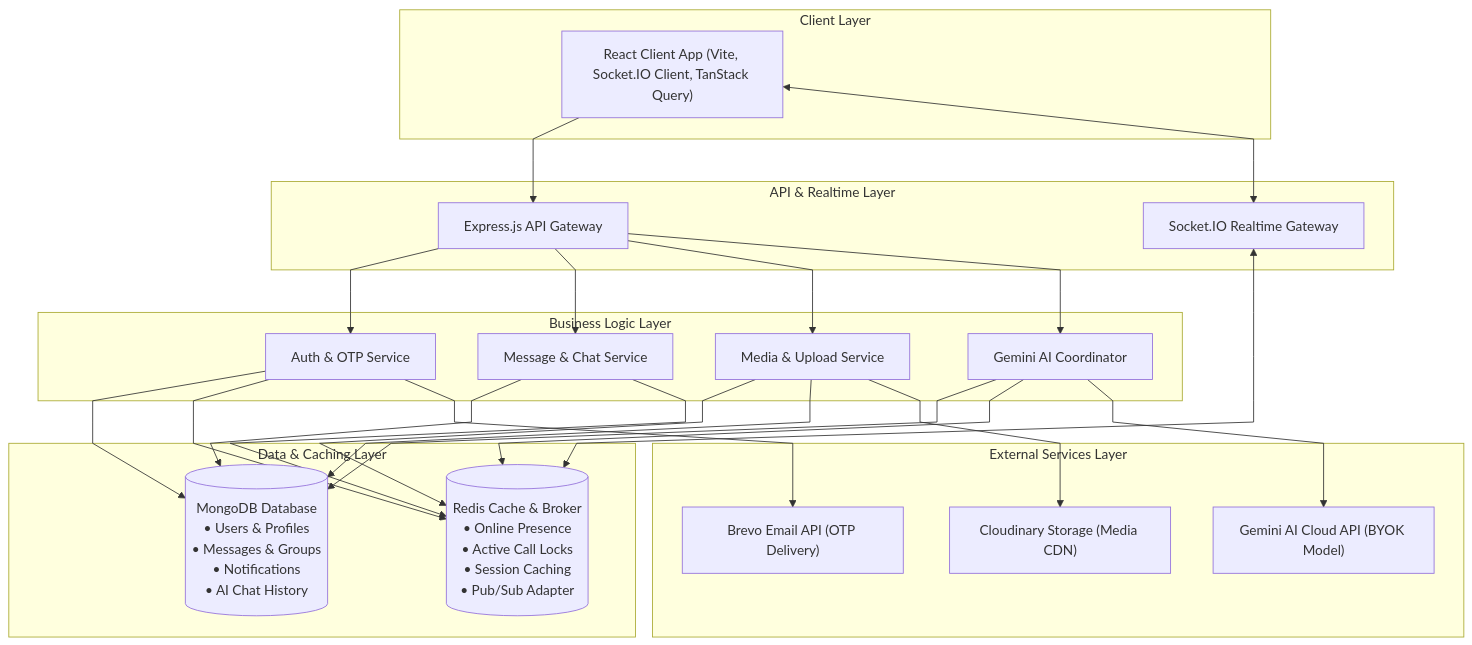
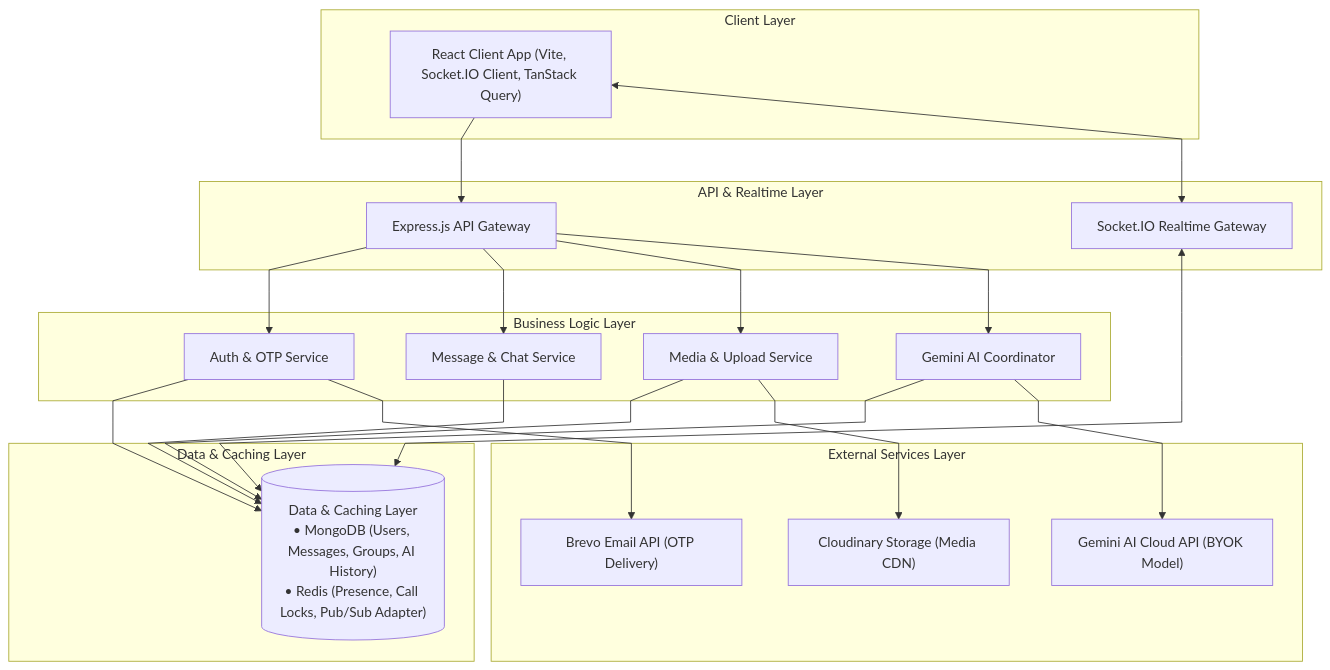
One commit to SABARITHAN-P/vertex-connect changed the first of 2 diagrams in docs/architecture.md. Above: the diagram before and after it, drawn with Mermaid.

Commit message:
docs: improved design for  the readme version 2 (architecture.md)

````diff
--- a/docs/architecture.md
+++ b/docs/architecture.md
@@ -11,68 +11,60 @@
 ```mermaid
 %%{ init: { 'flowchart': { 'curve': 'linear' } } }%%
 flowchart TD
     %% 1. Client Layer
     subgraph Client Layer
         Client["React Client App (Vite, Socket.IO Client, TanStack Query)"]
     end
 
     %% 2. API & Realtime Layer
     subgraph API & Realtime Layer
         ExpressAPI["Express.js API Gateway"]
         SocketGateway["Socket.IO Realtime Gateway"]
     end
 
     %% 3. Business Logic Layer
     subgraph Business Logic Layer
         AuthService["Auth & OTP Service"]
         MsgService["Message & Chat Service"]
         MediaService["Media & Upload Service"]
         AIService["Gemini AI Coordinator"]
     end
 
     %% 4. Data Layer
     subgraph Data & Caching Layer
-        MongoDB[(MongoDB Database<br/>• Users & Profiles<br/>• Messages & Groups<br/>• Notifications<br/>• AI Chat History)]
-        Redis[(Redis Cache & Broker<br/>• Online Presence<br/>• Active Call Locks<br/>• Session Caching<br/>• Pub/Sub Adapter)]
+        DataLayer[("Data & Caching Layer<br/>• MongoDB (Users, Messages, Groups, AI History)<br/>• Redis (Presence, Call Locks, Pub/Sub Adapter)")]
     end
 
     %% 5. External Services Layer
     subgraph External Services Layer
         Brevo["Brevo Email API (OTP Delivery)"]
         Cloudinary["Cloudinary Storage (Media CDN)"]
         GeminiAPI["Gemini AI Cloud API (BYOK Model)"]
     end
 
     %% --- Request & Data Flow ---
 
     %% Client to API Gateways
     Client --> ExpressAPI
     Client <--> SocketGateway
 
     %% API Gateways to Services
     ExpressAPI --> AuthService
     ExpressAPI --> MsgService
     ExpressAPI --> MediaService
     ExpressAPI --> AIService
     
     %% Socket Gateway presence & pub/sub adapter
-    SocketGateway <--> Redis
+    SocketGateway <--> DataLayer
 
     %% Services to Data & Caching
-    AuthService --> MongoDB
-    AuthService --> Redis
-
-    MsgService --> MongoDB
-    MsgService --> Redis
-
-    MediaService --> Redis
-    MediaService --> MongoDB
-
-    AIService --> MongoDB
-    AIService --> Redis
+    AuthService --> DataLayer
+    MsgService --> DataLayer
+    MediaService --> DataLayer
+    AIService --> DataLayer
 
     %% Services to External API Gateways
     AuthService --> Brevo
     MediaService --> Cloudinary
     AIService --> GeminiAPI
 ```
````
